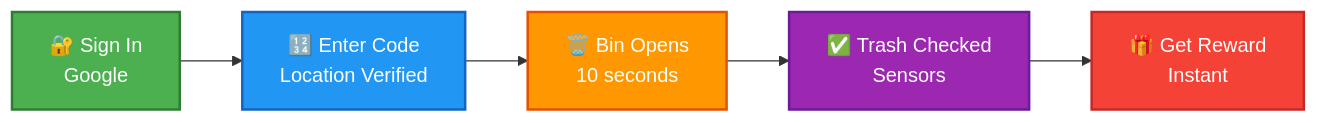
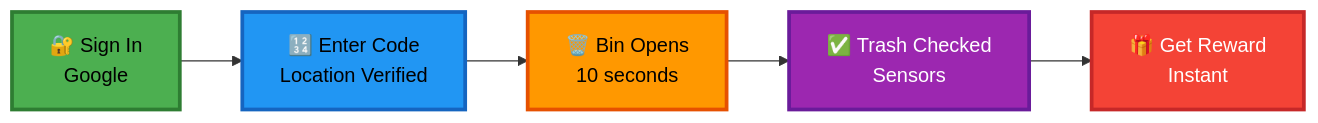
The first of 2 diagrams in README.md (Ojasvvv/Eco-rewards), drawn with Mermaid before and after one commit. The commit also changed other lines of this file, not shown here.

````diff
--- a/README.md
+++ b/README.md
@@ -179,13 +126,13 @@
 ```mermaid
 graph LR
     A[🔐 Sign In<br/>Google] --> B[🔢 Enter Code<br/>Location Verified]
     B --> C[🗑️ Bin Opens<br/>10 seconds]
     C --> D[✅ Trash Checked<br/>Sensors]
     D --> E[🎁 Get Reward<br/>Instant]
     
-    style A fill:#4CAF50,stroke:#2E7D32,stroke-width:2px,color:#fff
-    style B fill:#2196F3,stroke:#1565C0,stroke-width:2px,color:#fff
-    style C fill:#FF9800,stroke:#E65100,stroke-width:2px,color:#fff
-    style D fill:#9C27B0,stroke:#6A1B9A,stroke-width:2px,color:#fff
-    style E fill:#F44336,stroke:#C62828,stroke-width:2px,color:#fff
+    style A fill:#4CAF50,stroke:#2E7D32,stroke-width:3px,color:#000
+    style B fill:#2196F3,stroke:#1565C0,stroke-width:3px,color:#000
+    style C fill:#FF9800,stroke:#E65100,stroke-width:3px,color:#000
+    style D fill:#9C27B0,stroke:#6A1B9A,stroke-width:3px,color:#fff
+    style E fill:#F44336,stroke:#C62828,stroke-width:3px,color:#fff
 ```
````
